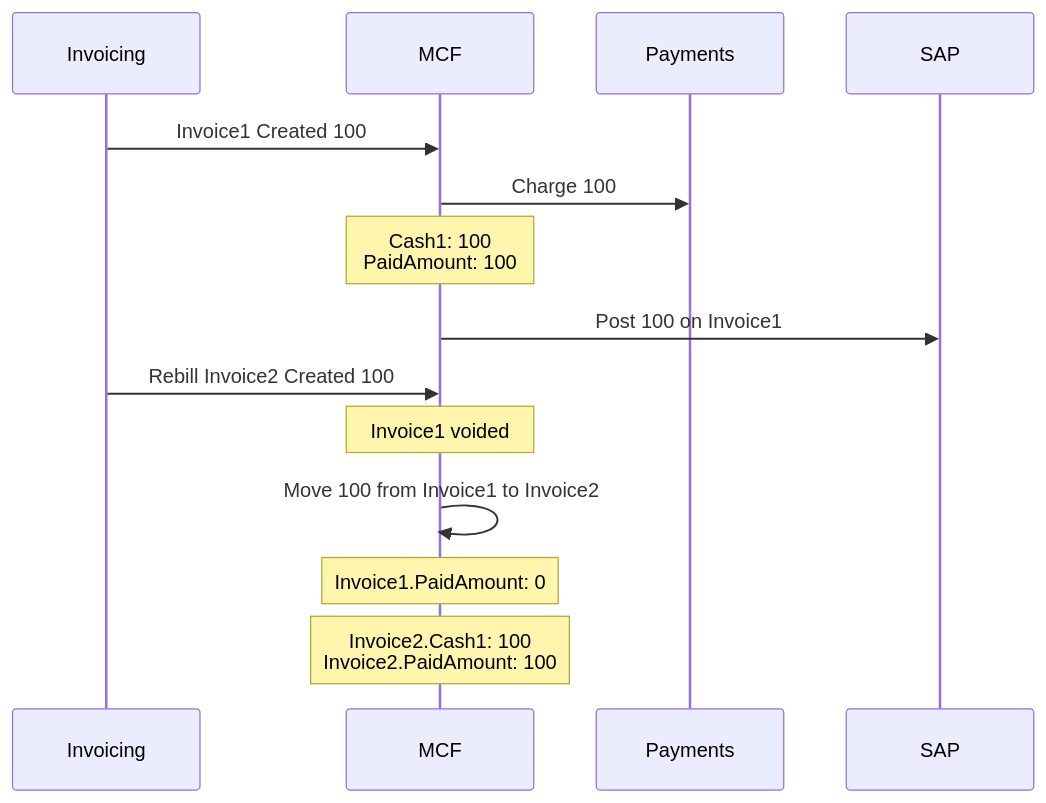
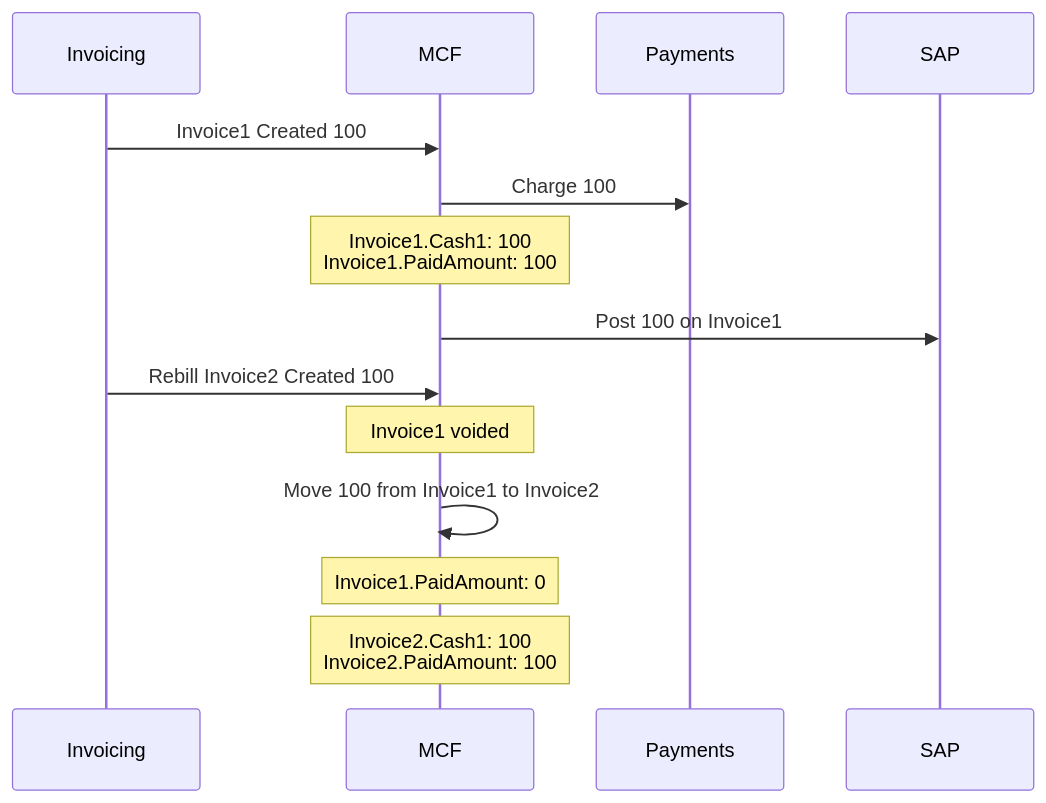
Before and after one commit to vikramsinha/test1: the fourth of 12 diagrams in MCF-SAP Scenarios.md, drawn with Mermaid.

Commit message:
Update MCF-SAP Scenarios.md

````diff
--- a/MCF-SAP Scenarios.md
+++ b/MCF-SAP Scenarios.md
@@ -54,17 +54,17 @@
 ```mermaid
 %%{init: {'theme': 'default'} }%%
 sequenceDiagram
     participant Invoicing
     participant MCF
     participant Payments
     participant SAP
     Invoicing->>MCF: Invoice1 Created 100
     MCF->>Payments: Charge 100
-    Note over MCF: Cash1: 100<br/>PaidAmount: 100
+    Note over MCF: Invoice1.Cash1: 100<br/>Invoice1.PaidAmount: 100
     MCF->>SAP: Post 100 on Invoice1
     Invoicing->>MCF: Rebill Invoice2 Created 100
     Note over MCF: Invoice1 voided
     MCF->>MCF: Move 100 from Invoice1 to Invoice2
     Note over MCF: Invoice1.PaidAmount: 0
     Note over MCF: Invoice2.Cash1: 100<br/>Invoice2.PaidAmount: 100
 ```
````
